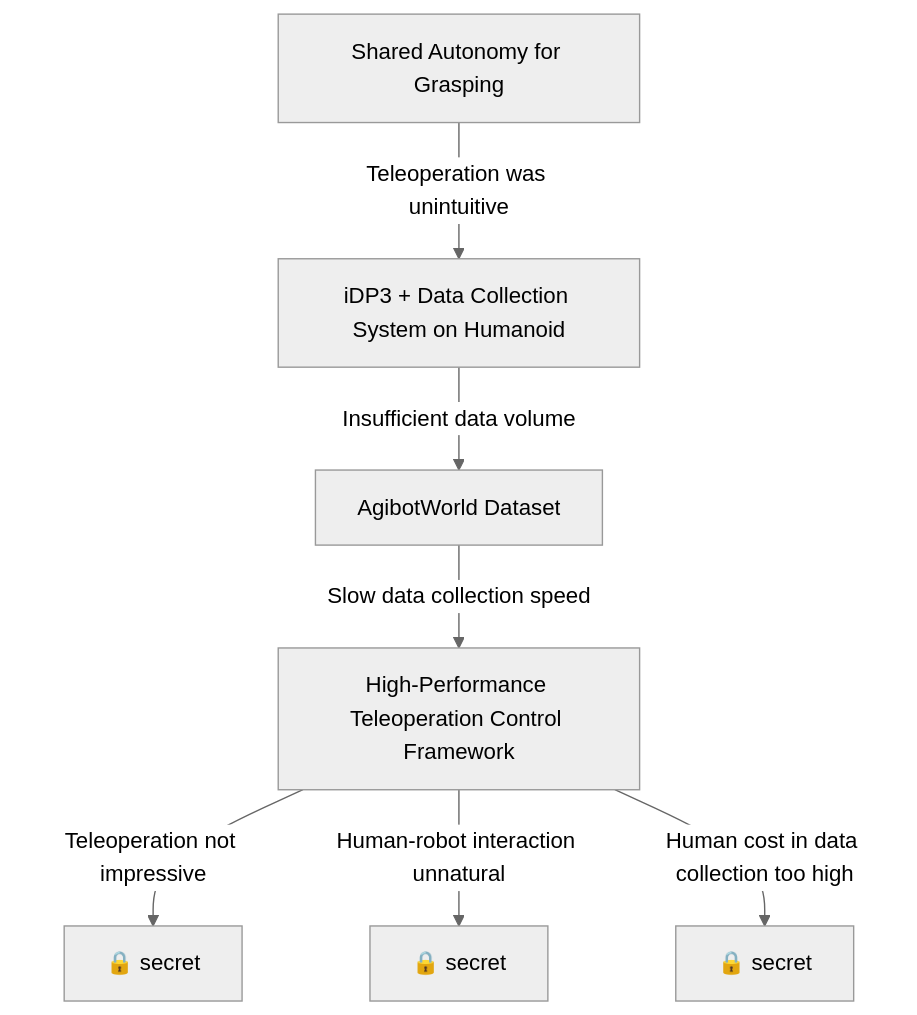
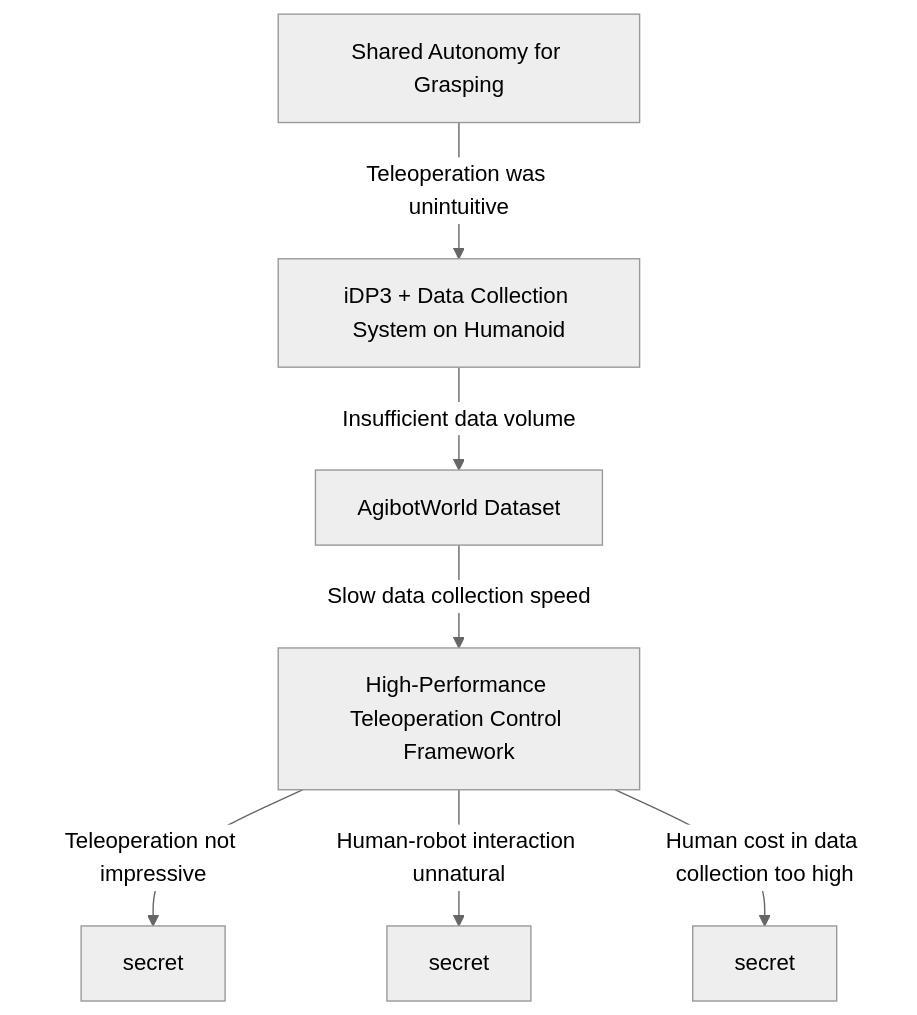
One commit to Hao-Starrr/Hao-Starrr.github.io changed the diagram in _pages/research.md. Above: the diagram before and after it, drawn with Mermaid (neutral theme).

Commit message:
test mermaid

```diff
--- a/_pages/research.md
+++ b/_pages/research.md
@@ -13,11 +13,11 @@
 <div class="mermaid">
 flowchart TD
   A[Shared Autonomy for Grasping]
   A -->|Teleoperation was unintuitive| B[iDP3 + Data Collection System on Humanoid]
   B -->|Insufficient data volume| C[AgibotWorld Dataset]
   C -->|Slow data collection speed| D[High-Performance Teleoperation Control Framework]
 
-  D -->|Teleoperation not impressive| E[🔒 secret]
-  D -->|Human-robot interaction unnatural| G[🔒 secret]
-  D -->|Human cost in data collection too high| F[🔒 secret]
+  D -->|Teleoperation not impressive| E[secret]
+  D -->|Human-robot interaction unnatural| G[secret]
+  D -->|Human cost in data collection too high| F[secret]
 </div>
```
